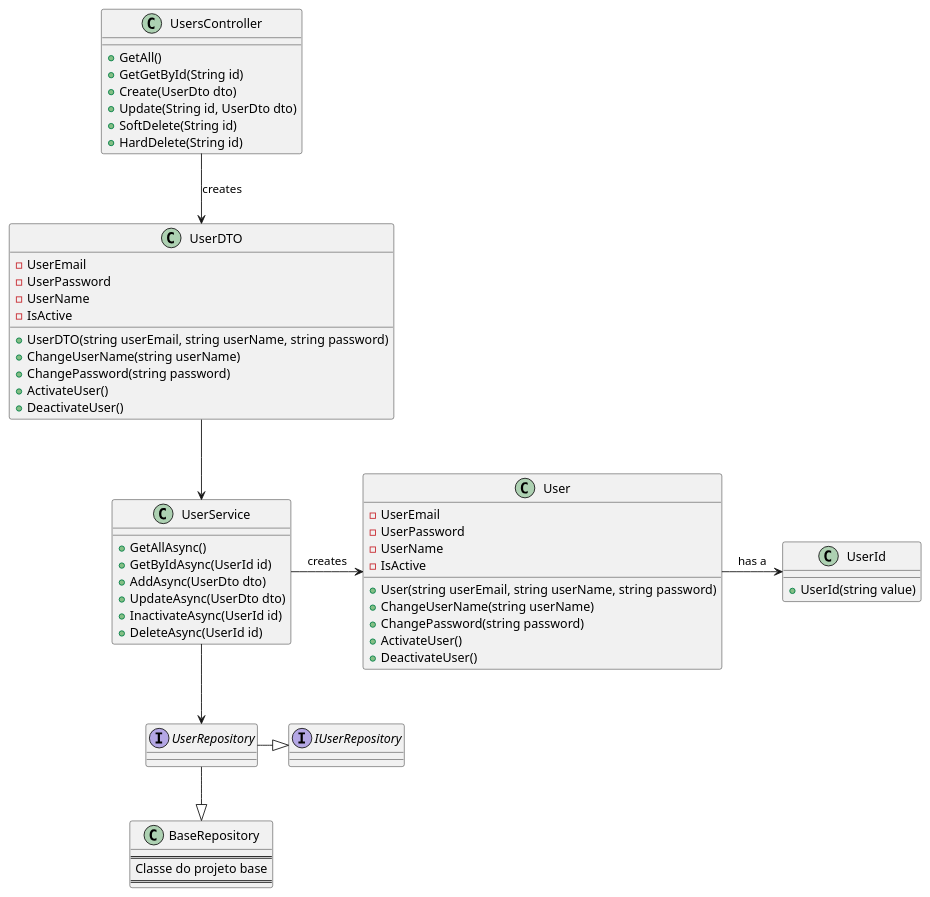
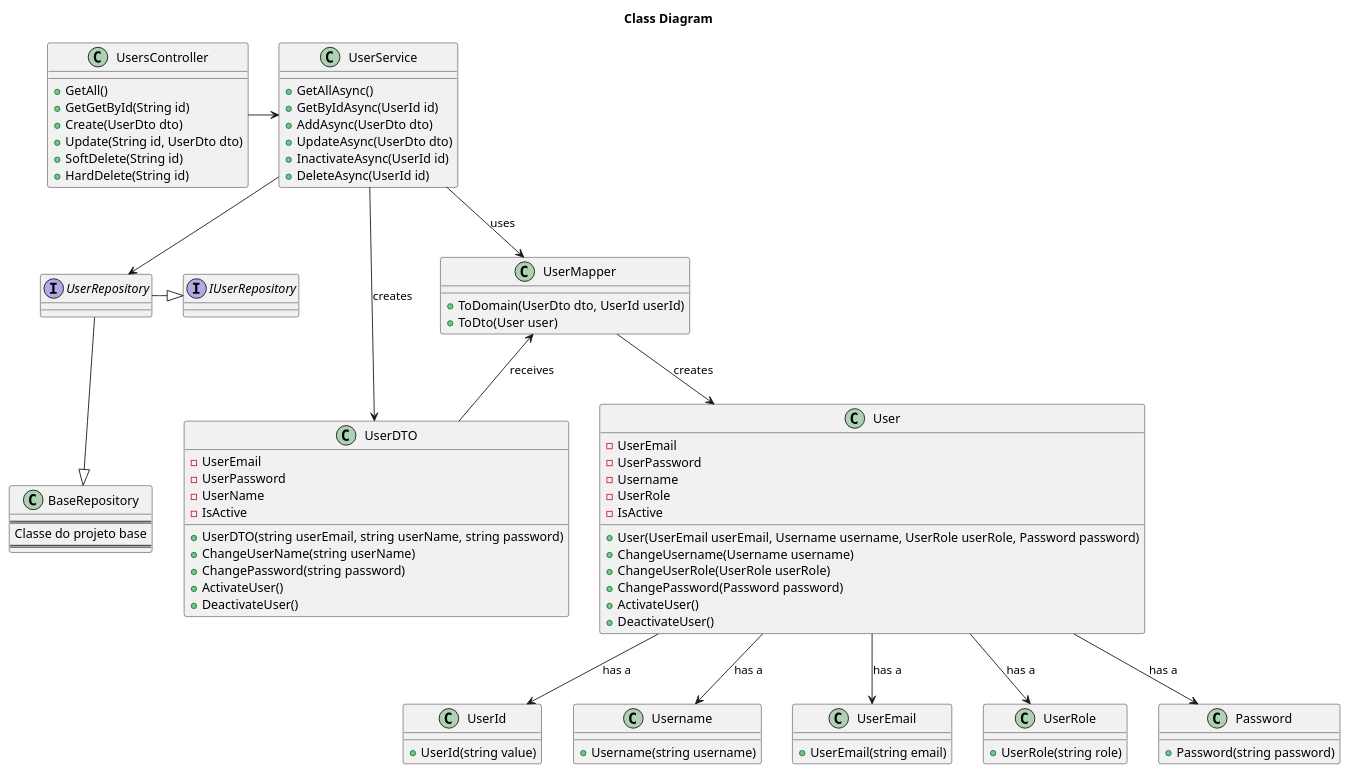
The diagram in docs/SprintA/1-register-backoffice-users/class-diagram.puml (MiguelCardoso77/SurgicalSync-BackEnd), drawn with PlantUML before and after one commit. The commit also changed 1 other file, not shown here.

Commit message:
#1 Final changes to class diagram

```diff
--- a/docs/SprintA/1-register-backoffice-users/class-diagram.puml
+++ b/docs/SprintA/1-register-backoffice-users/class-diagram.puml
@@ -1,69 +1,103 @@
 @startuml
+
+title Class Diagram
 
 class User {
     - UserEmail
     - UserPassword
-    - UserName
+    - Username
+    - UserRole
     - IsActive
-    + User(string userEmail, string userName, string password)
-    + ChangeUserName(string userName)
-    + ChangePassword(string password)
+    + User(UserEmail userEmail, Username username, UserRole userRole, Password password)
+    + ChangeUsername(Username username)
+    + ChangeUserRole(UserRole userRole)
+    + ChangePassword(Password password)
     + ActivateUser()
-    + DeactivateUser()
+    + DeactivateUser()  
 }
 
 class UserDTO {
     - UserEmail
     - UserPassword
     - UserName
     - IsActive
     + UserDTO(string userEmail, string userName, string password)
     + ChangeUserName(string userName)
     + ChangePassword(string password)
     + ActivateUser()
     + DeactivateUser()
 }
 
 class UsersController {
     + GetAll()
     + GetGetById(String id)
     + Create(UserDto dto)
     + Update(String id, UserDto dto)
     + SoftDelete(String id)
     + HardDelete(String id)
 }
 
 class UserId {
     + UserId(string value)
 }
 
+class Username {
+    + Username(string username)
+}
+
+class UserEmail {
+    + UserEmail(string email)
+}
+
+class UserRole {
+    + UserRole(string role)
+}
+
+class Password {
+    + Password(string password)
+}
+
 class UserService {
     + GetAllAsync()
     + GetByIdAsync(UserId id)
     + AddAsync(UserDto dto)
     + UpdateAsync(UserDto dto)
     + InactivateAsync(UserId id)
     + DeleteAsync(UserId id)
 }
 
 interface IUserRepository {
 }
 
 interface UserRepository {
 }
 
 class BaseRepository {
     ====
     Classe do projeto base
     ====
 }
 
-UsersController --> UserDTO : creates
-UserDTO --> UserService
-UserService -> User : creates
-User -> UserId : has a
+class UserMapper {
+    + ToDomain(UserDto dto, UserId userId)
+    + ToDto(User user)
+}
+
+UsersController -> UserService
+UserService --> UserMapper : uses
+UserService -> UserDTO : creates
+
+UserMapper <-- UserDTO : receives
+UserMapper --> User : creates
+
+User --> UserId : has a
+User --> Username : has a
+User --> UserEmail : has a
+User --> UserRole : has a
+User --> Password : has a
+
 UserService --> UserRepository
 UserRepository --|> BaseRepository
 UserRepository -|> IUserRepository
 
 @enduml
```
